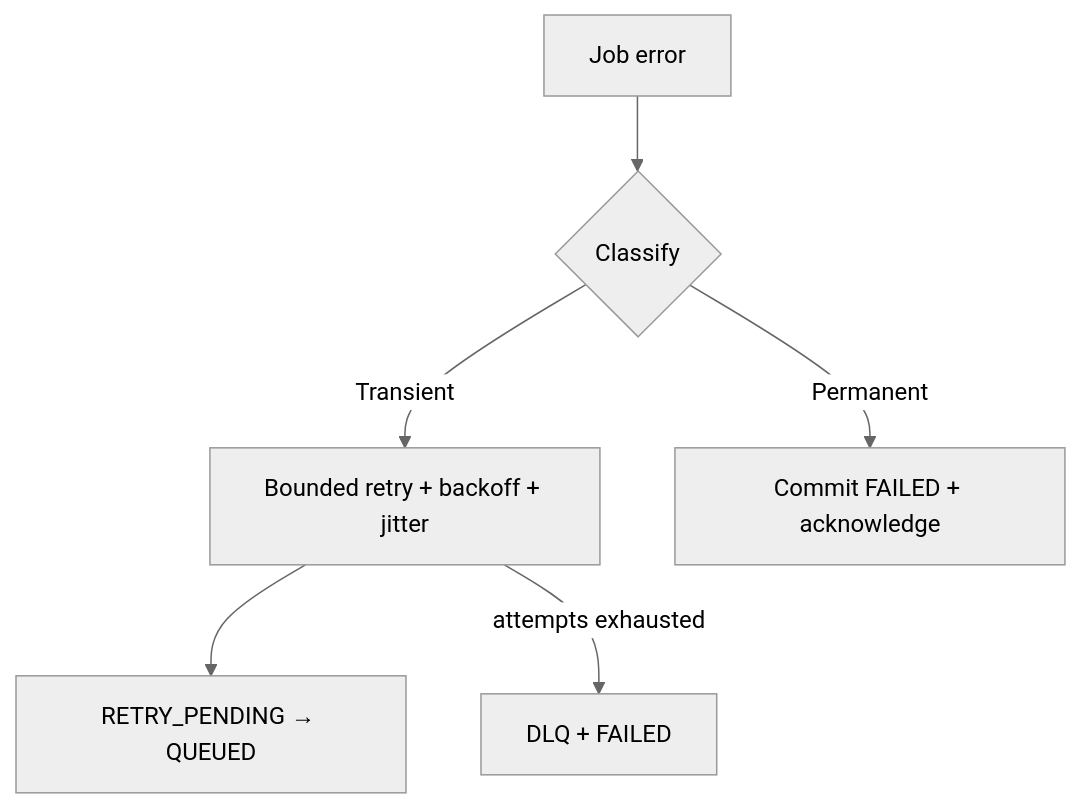
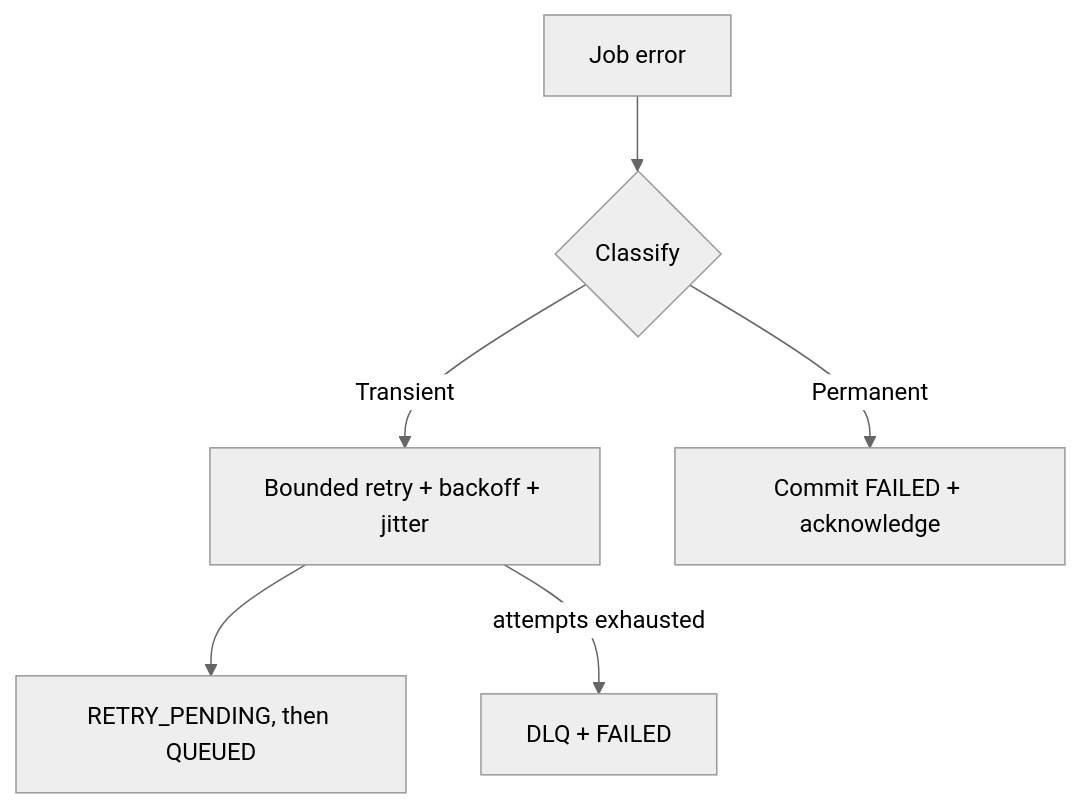
The second of 3 diagrams in Architecture/04-reliability-observability.md (TatVan-24/StudyBot), drawn with Mermaid (neutral theme) before and after one commit. The commit also changed other lines of this file and 2 other files, not shown here.

Commit message:
(docs) freeze parsed block rules and PDF locator v1

````diff
--- a/Architecture/04-reliability-observability.md
+++ b/Architecture/04-reliability-observability.md
@@ -26,8 +26,8 @@
 ```mermaid
 flowchart TD
     E["Job error"] --> C{"Classify"}
     C -->|"Transient"| R["Bounded retry + backoff + jitter"]
-    R --> Q["RETRY_PENDING → QUEUED"]
+    R --> Q["RETRY_PENDING, then QUEUED"]
     C -->|"Permanent"| F["Commit FAILED + acknowledge"]
     R -->|"attempts exhausted"| D["DLQ + FAILED"]
 ```
````
